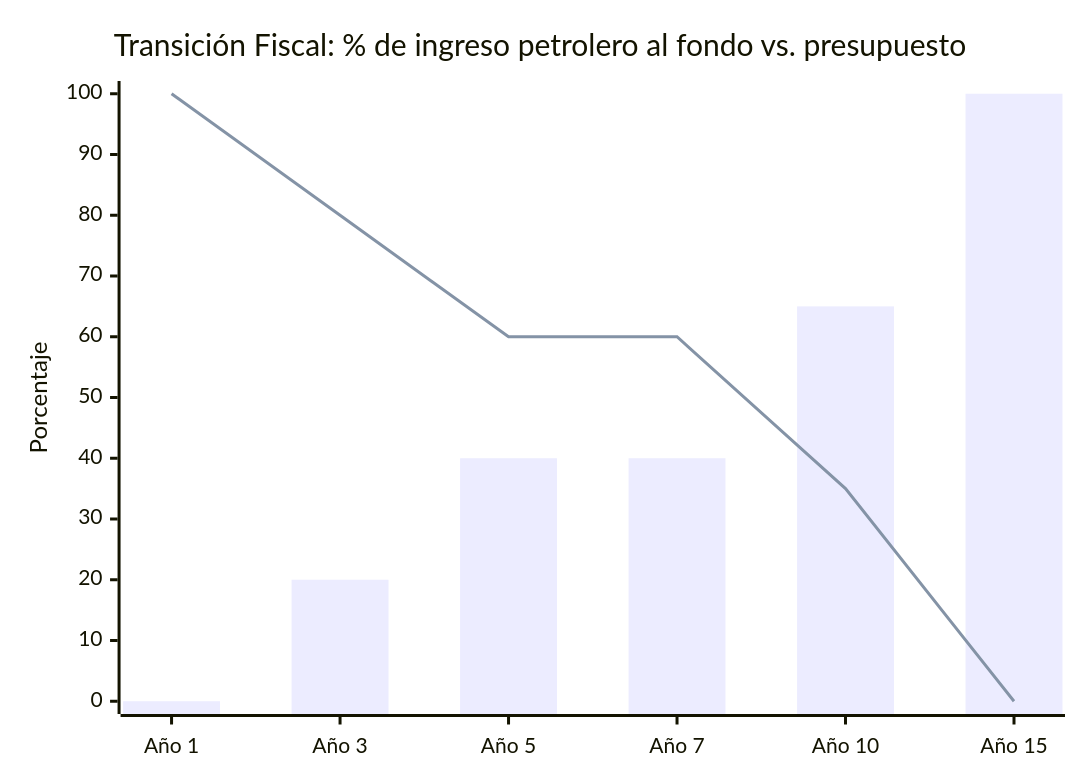
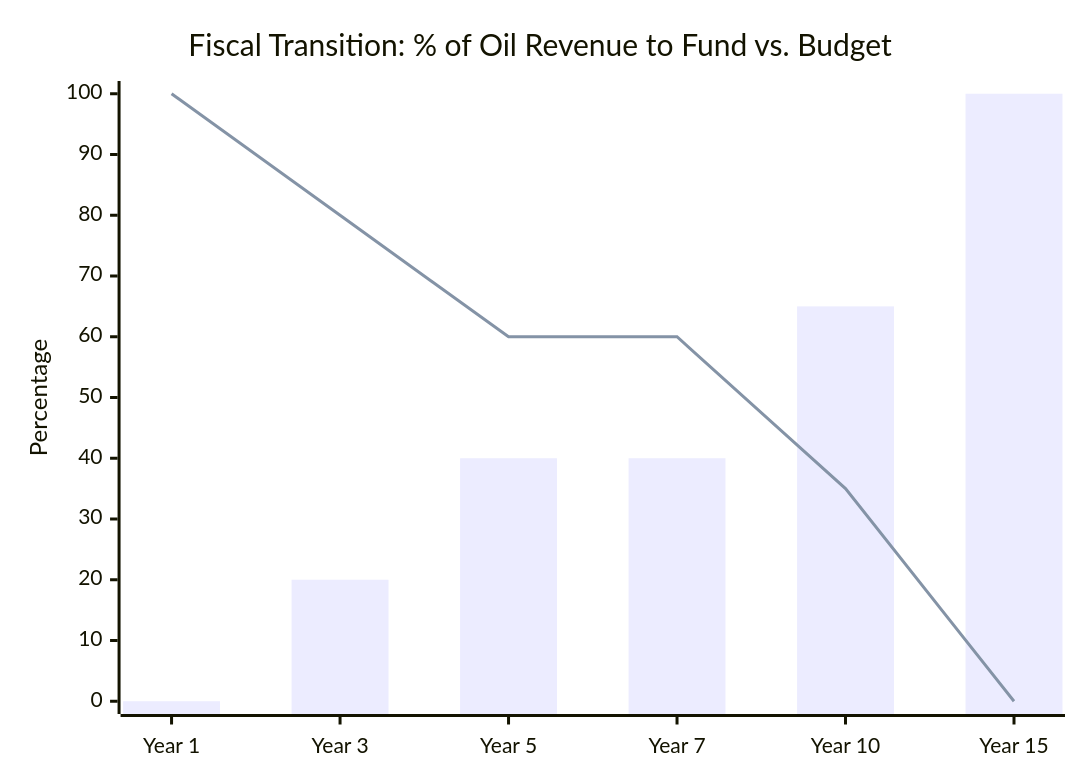
The second of 3 diagrams in i18n/en/docusaurus-plugin-content-docs/current/02-motor-financiero/transicion-fiscal.md (Venezuela-S-A/venezuela-sa), drawn with Mermaid before and after one commit. The commit also changed other lines of this file and 127 other files, not shown here.

````diff
--- a/i18n/en/docusaurus-plugin-content-docs/current/02-motor-financiero/transicion-fiscal.md
+++ b/i18n/en/docusaurus-plugin-content-docs/current/02-motor-financiero/transicion-fiscal.md
@@ -151,8 +151,8 @@
 ```mermaid
 xychart-beta
-    title "Transición Fiscal: % de ingreso petrolero al fondo vs. presupuesto"
-    x-axis ["Año 1", "Año 3", "Año 5", "Año 7", "Año 10", "Año 15"]
-    y-axis "Porcentaje" 0 --> 100
+    title "Fiscal Transition: % of Oil Revenue to Fund vs. Budget"
+    x-axis ["Year 1", "Year 3", "Year 5", "Year 7", "Year 10", "Year 15"]
+    y-axis "Percentage" 0 --> 100
     bar [0, 20, 40, 40, 65, 100]
     line [100, 80, 60, 60, 35, 0]
 ```
````
